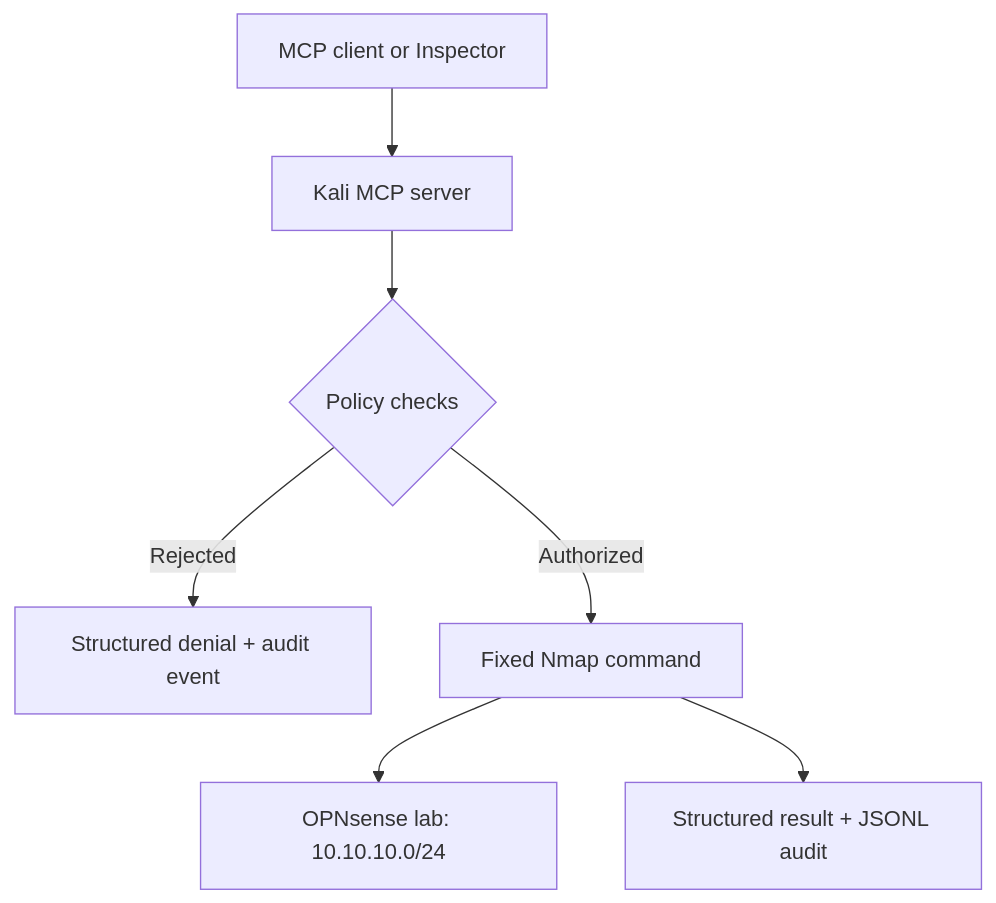
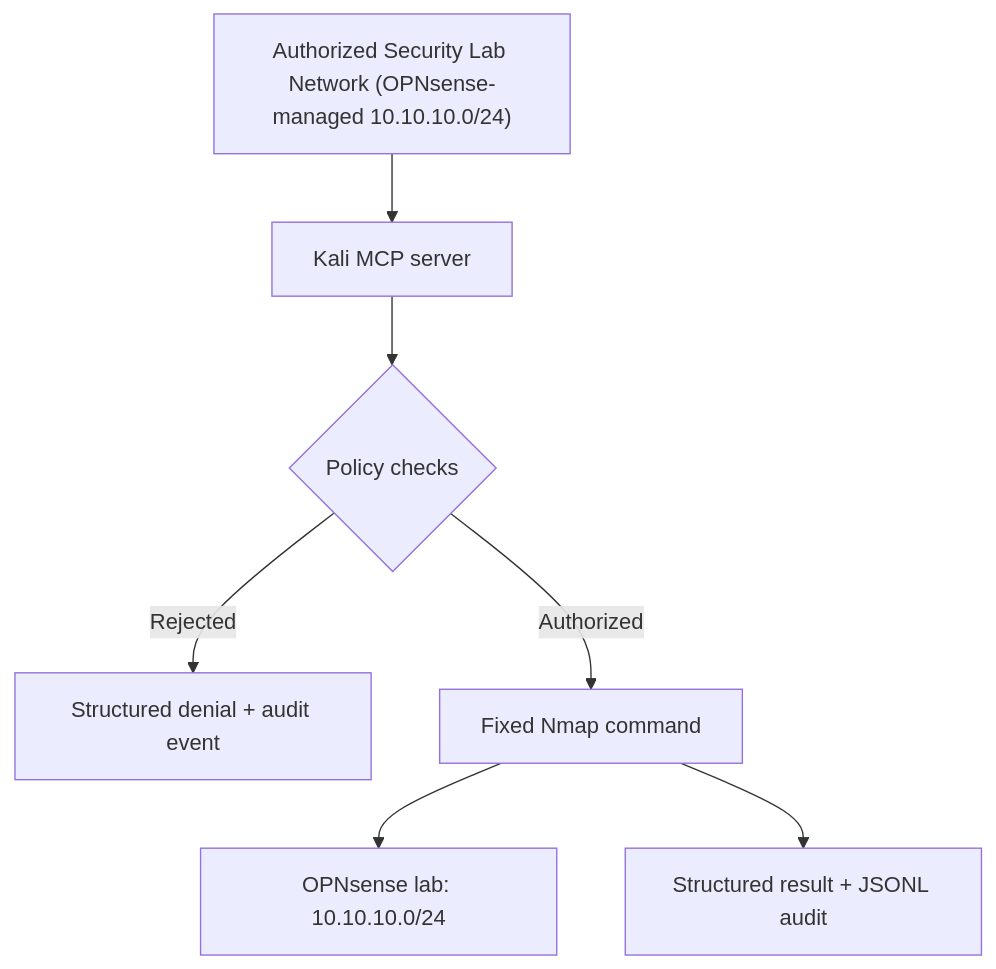
Before and after one commit to backyard-labs/kali-mcp-security-lab: the diagram in README.md, drawn with Mermaid. The commit also changed other lines of this file, not shown here.

Commit message:
Clarify MCP client scope and security lab network label

````diff
--- a/README.md
+++ b/README.md
@@ -47,9 +47,9 @@
 ```mermaid
 flowchart TD
-    A["MCP client or Inspector"] --> B["Kali MCP server"]
+    A["Authorized Security Lab Network (OPNsense-managed 10.10.10.0/24)"] --> B["Kali MCP server"]
     B --> C{"Policy checks"}
     C -->|Rejected| D["Structured denial + audit event"]
     C -->|Authorized| E["Fixed Nmap command"]
     E --> F["OPNsense lab: 10.10.10.0/24"]
     E --> G["Structured result + JSONL audit"]
 ```
````
